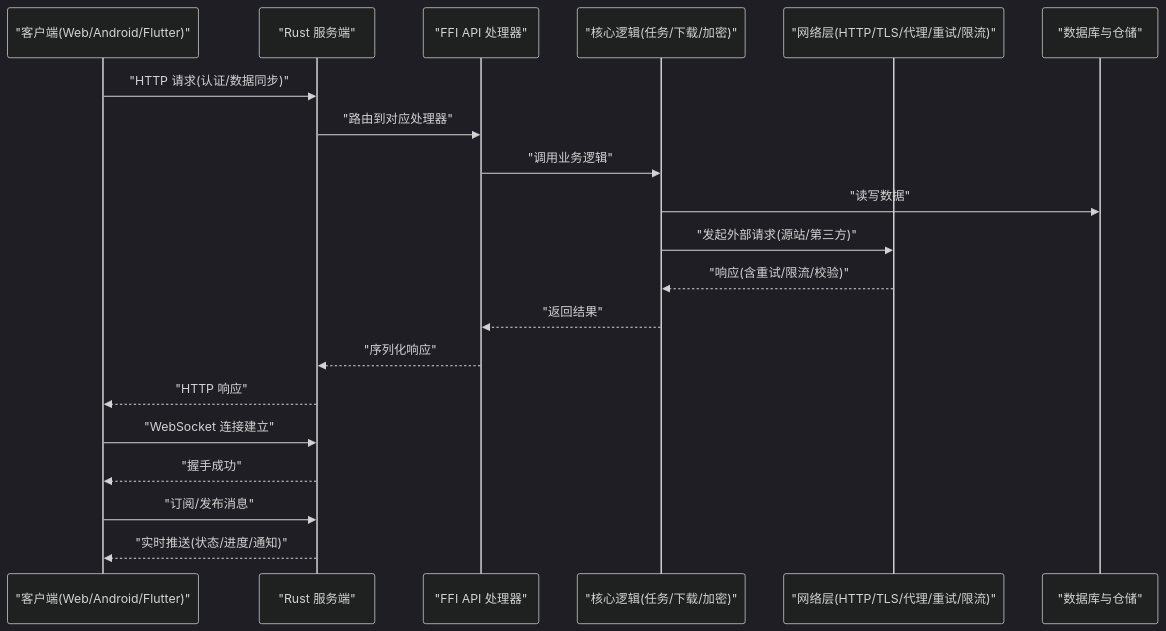
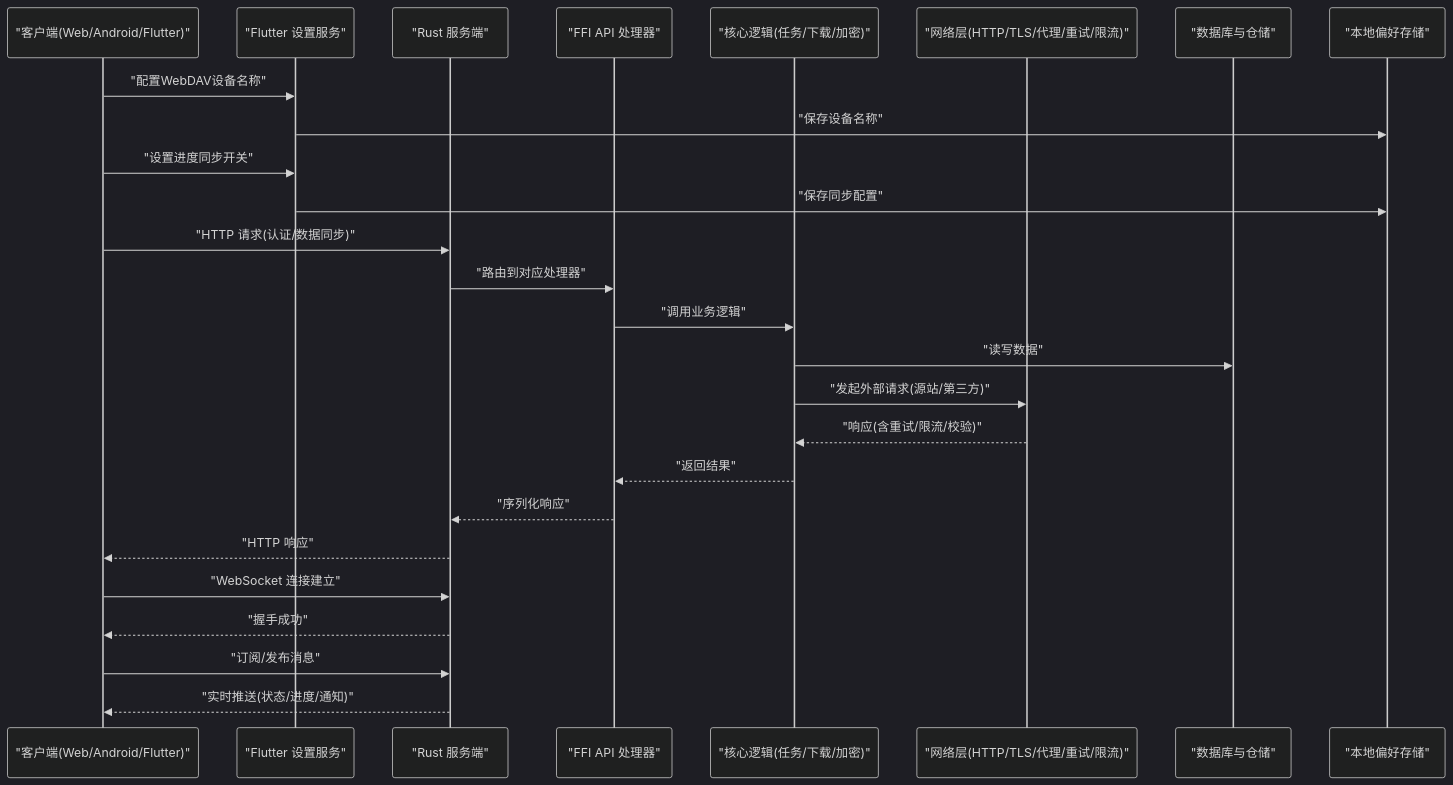
Before and after one commit to ZhangGHGitHub/LegadoTeamFlutter: the second of 11 diagrams in .qoder/repowiki/zh/content/同步服务/同步服务.md, drawn with Mermaid (dark theme). The commit also changed other lines of this file and 173 other files, not shown here.

````diff
--- a/.qoder/repowiki/zh/content/同步服务/同步服务.md
+++ b/.qoder/repowiki/zh/content/同步服务/同步服务.md
@@ -161,22 +175,28 @@
 ```mermaid
 sequenceDiagram
 participant Client as "客户端(Web/Android/Flutter)"
+participant Flutter as "Flutter 设置服务"
 participant Server as "Rust 服务端"
 participant Handlers as "FFI API 处理器"
 participant Core as "核心逻辑(任务/下载/加密)"
 participant Net as "网络层(HTTP/TLS/代理/重试/限流)"
 participant DB as "数据库与仓储"
+participant Prefs as "本地偏好存储"
+Client->>Flutter : "配置WebDAV设备名称"
+Flutter->>Prefs : "保存设备名称"
+Client->>Flutter : "设置进度同步开关"
+Flutter->>Prefs : "保存同步配置"
 Client->>Server : "HTTP 请求(认证/数据同步)"
 Server->>Handlers : "路由到对应处理器"
 Handlers->>Core : "调用业务逻辑"
 Core->>DB : "读写数据"
 Core->>Net : "发起外部请求(源站/第三方)"
 Net-->>Core : "响应(含重试/限流/校验)"
 Core-->>Handlers : "返回结果"
 Handlers-->>Server : "序列化响应"
 Server-->>Client : "HTTP 响应"
 Client->>Server : "WebSocket 连接建立"
 Server-->>Client : "握手成功"
 Client->>Server : "订阅/发布消息"
 Server-->>Client : "实时推送(状态/进度/通知)"
 ```
````
